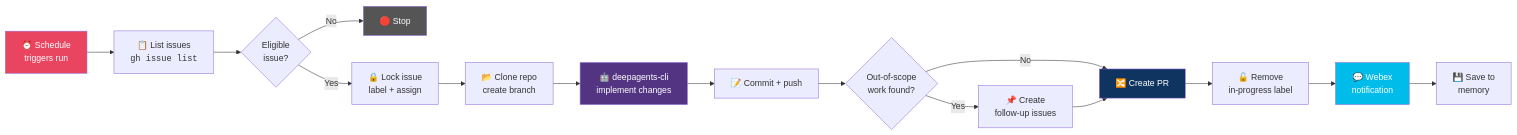
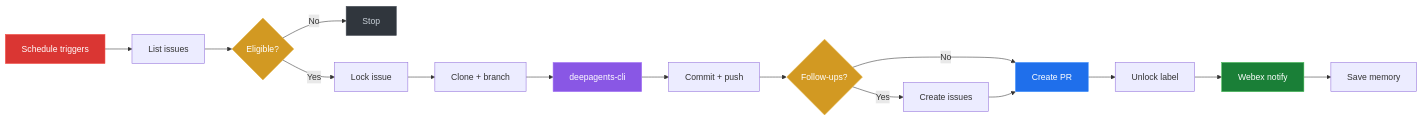
One commit to artdroz/deep-agents-demo changed the second of 6 diagrams in ARCHITECTURE.md. Above: the diagram before and after it, drawn with Mermaid. The commit also changed other lines of this file, not shown here.

First line of the commit message:
docs: fix diagram contrast and state diagram parse error

````diff
--- a/ARCHITECTURE.md
+++ b/ARCHITECTURE.md
@@ -65,23 +73,25 @@
 ```mermaid
 graph LR
-    A["⏰ Schedule<br/>triggers run"] --> B["📋 List issues<br/><code>gh issue list</code>"]
-    B --> C{"Eligible<br/>issue?"}
-    C -->|No| Stop["🛑 Stop"]
-    C -->|Yes| D["🔒 Lock issue<br/>label + assign"]
-    D --> E["📂 Clone repo<br/>create branch"]
-    E --> F["🤖 deepagents-cli<br/>implement changes"]
-    F --> G["📝 Commit + push"]
-    G --> H{"Out-of-scope<br/>work found?"}
-    H -->|Yes| I["📌 Create<br/>follow-up issues"]
-    H -->|No| J["🔀 Create PR"]
+    A["Schedule triggers"] --> B["List issues"]
+    B --> C{"Eligible?"}
+    C -->|No| Stop["Stop"]
+    C -->|Yes| D["Lock issue"]
+    D --> E["Clone + branch"]
+    E --> F["deepagents-cli"]
+    F --> G["Commit + push"]
+    G --> H{"Follow-ups?"}
+    H -->|Yes| I["Create issues"]
+    H -->|No| J["Create PR"]
     I --> J
-    J --> K["🔓 Remove<br/>in-progress label"]
-    K --> L["💬 Webex<br/>notification"]
-    L --> M["💾 Save to<br/>memory"]
+    J --> K["Unlock label"]
+    K --> L["Webex notify"]
+    L --> M["Save memory"]
 
-    style A fill:#e94560,color:#fff
-    style F fill:#533483,color:#fff
-    style J fill:#0f3460,color:#fff
-    style L fill:#00bceb,color:#fff
-    style Stop fill:#555,color:#fff
+    style A fill:#da3633,stroke:#f85149,color:#fff
+    style F fill:#8957e5,stroke:#a371f7,color:#fff
+    style J fill:#1f6feb,stroke:#388bfd,color:#fff
+    style L fill:#1a7f37,stroke:#3fb950,color:#fff
+    style Stop fill:#30363d,stroke:#484f58,color:#c9d1d9
+    style C fill:#d29922,stroke:#e3b341,color:#fff
+    style H fill:#d29922,stroke:#e3b341,color:#fff
 ```
````
